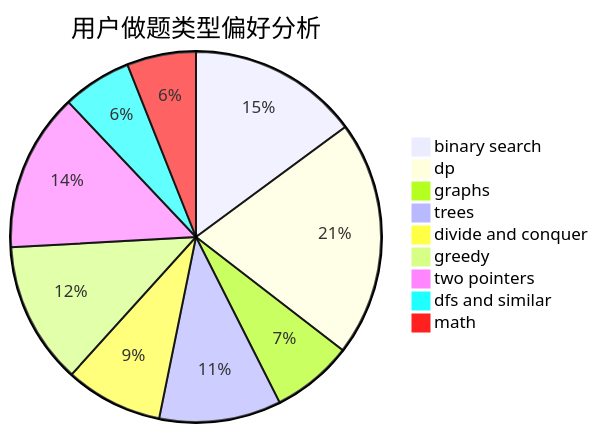
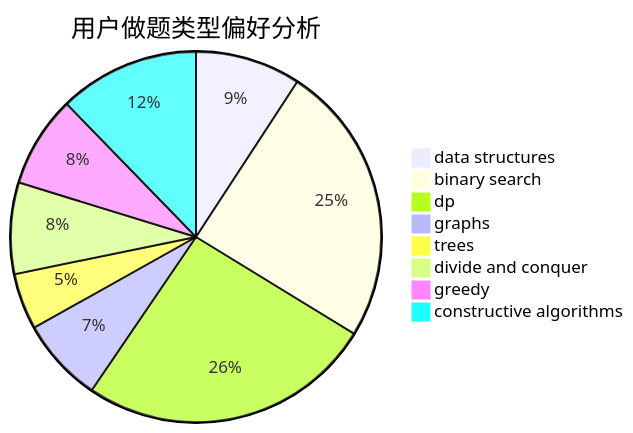
One commit to sherpahu/cfrs.github.io changed the second of 3 diagrams in docs/user/u1677.md. Above: the diagram before and after it, drawn with Mermaid. The commit also changed other lines of this file and 2775 other files, not shown here.

````diff
--- a/docs/user/u1677.md
+++ b/docs/user/u1677.md
@@ -23,12 +23,11 @@
 ```mermaid
 pie title 用户做题类型偏好分析
-    "binary search" :  42
-    "dp" :  58
-    "graphs" :  20
-    "trees" :  30
-    "divide and conquer" :  24
-    "greedy" :  35
-    "two pointers" :  39
-    "dfs and similar" :  17
-    "math" :  17
+    "data structures" :  15
+    "binary search" :  40
+    "dp" :  42
+    "graphs" :  12
+    "trees" :  8
+    "divide and conquer" :  13
+    "greedy" :  13
+    "constructive algorithms" :  20
 ```
````
